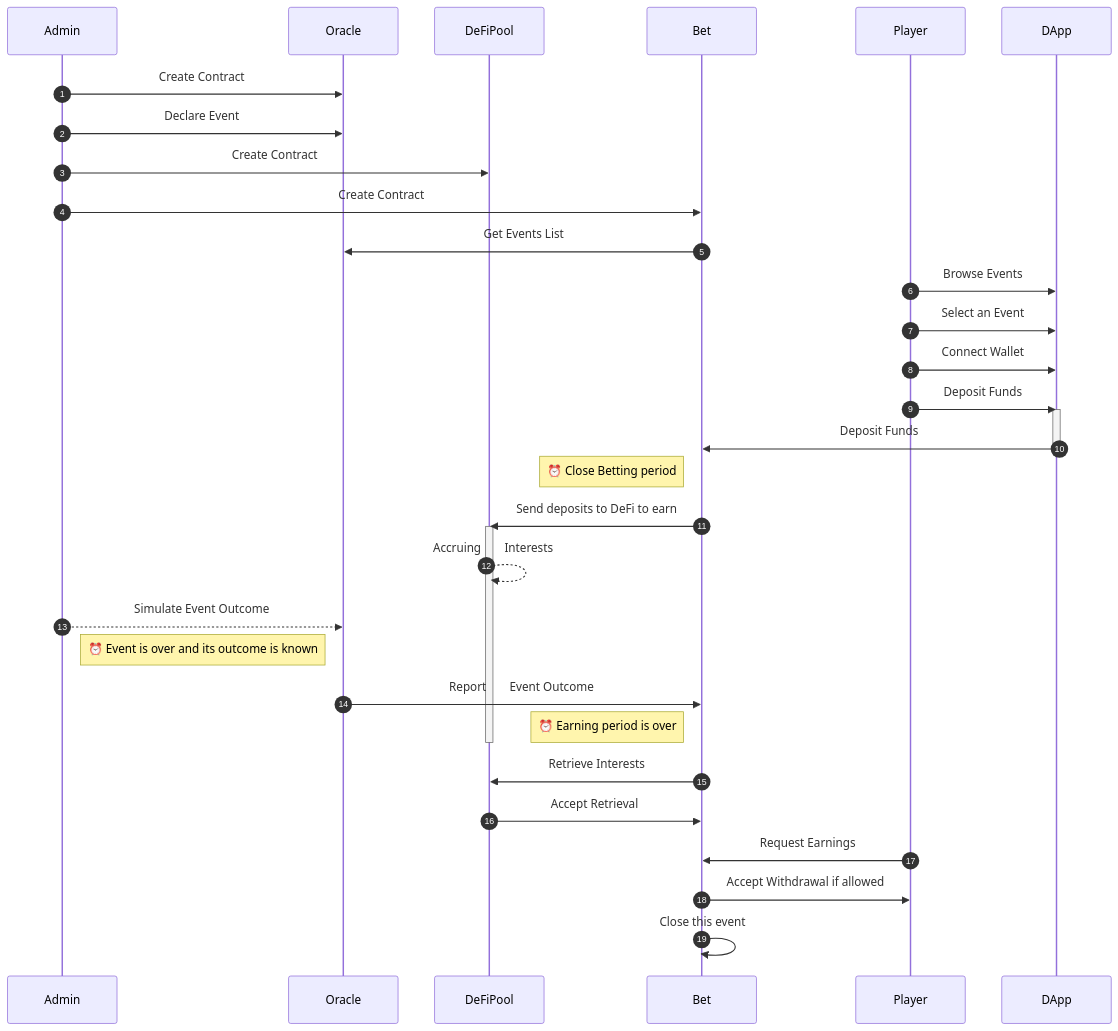
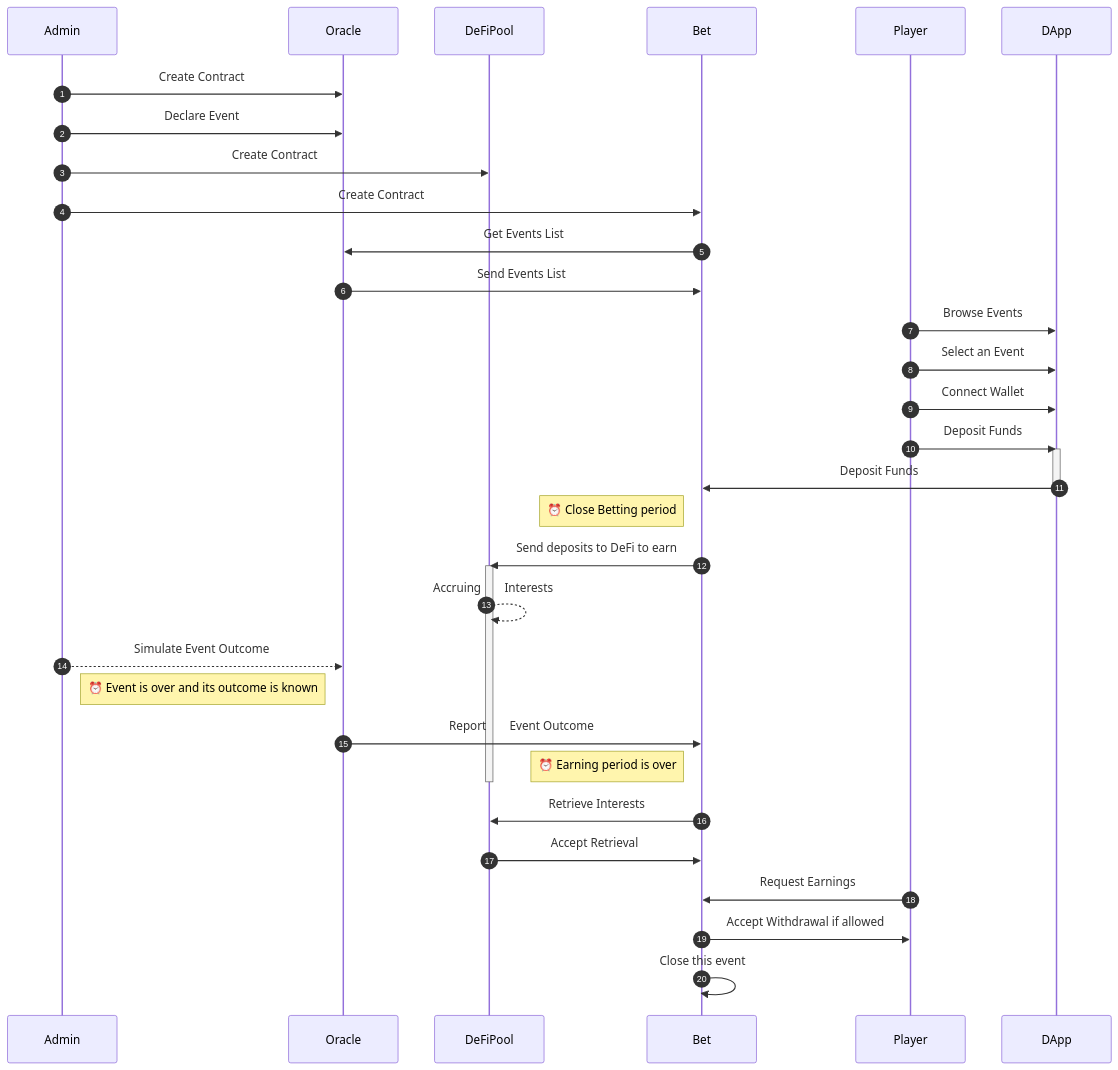
The diagram in README.md (soft2dev/betting-dapp), drawn with Mermaid before and after one commit. The commit also changed other lines of this file, not shown here.

````diff
--- a/README.md
+++ b/README.md
@@ -65,36 +76,37 @@
 ```mermaid
 sequenceDiagram autonumber
     Admin->>Oracle: Create Contract
     Admin->>Oracle: Declare Event
     Admin->>DeFiPool: Create Contract
     Admin->>Bet:  Create Contract
     
     Bet->>Oracle:  Get Events List
+    Oracle->>Bet: Send Events List
     Player->>DApp: Browse Events
     Player->>DApp: Select an Event
     Player->>DApp: Connect Wallet
     
     Player->>DApp: Deposit Funds
     activate DApp
     DApp->>Bet: Deposit Funds
     deactivate DApp
     
     Note left of Bet: ⏰ Close Betting period
     Bet->>DeFiPool: Send deposits to DeFi to earn
     activate DeFiPool
     DeFiPool-->>DeFiPool: Accruing    Interests    
 
     Admin-->>Oracle: Simulate Event Outcome
     Note left of Oracle: ⏰ Event is over and its outcome is known
     Oracle->>Bet: Report    Event Outcome 
     
     Note left of Bet: ⏰ Earning period is over
     deactivate DeFiPool
     Bet->>DeFiPool: Retrieve Interests
     DeFiPool->>Bet: Accept Retrieval
 
     Player->>Bet: Request Earnings
     Bet->>Player: Accept Withdrawal if allowed
     
     Bet->>Bet: Close this event 
 ```
````
